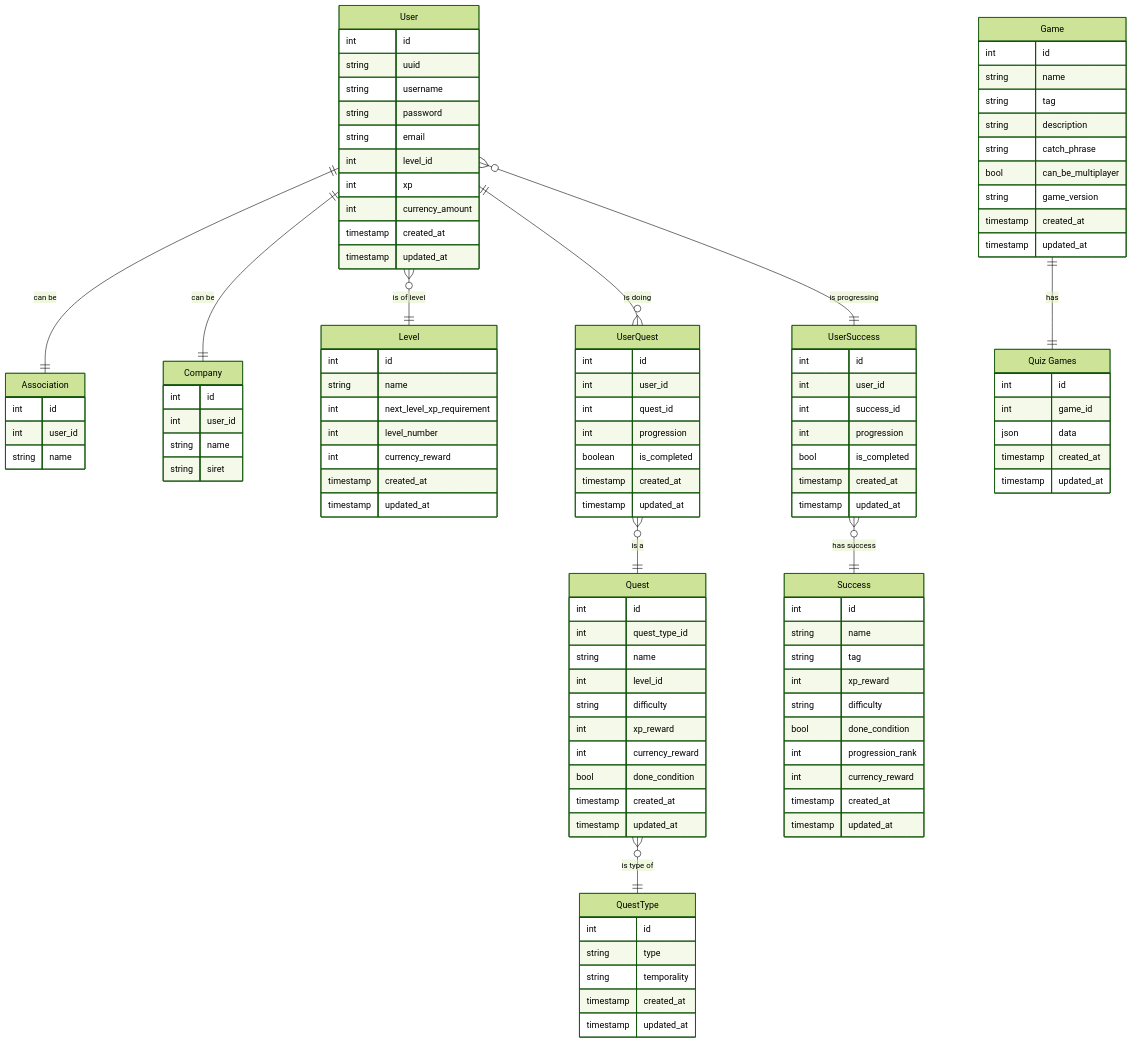
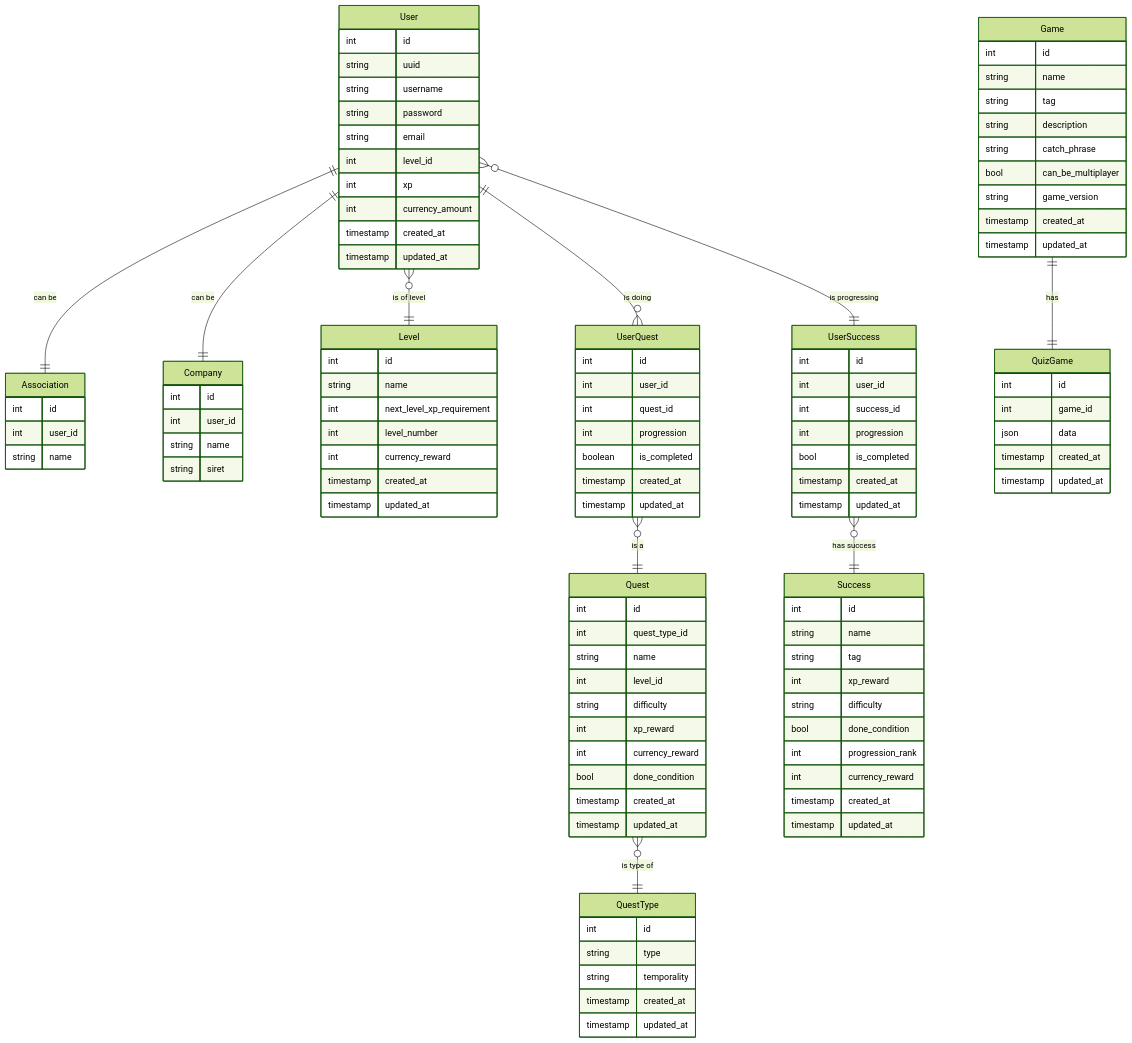
The diagram in docs/mcd/er.md (robLittiere/elie-docs), drawn with Mermaid (forest theme) before and after one commit.

Commit message:
updated mcd

````diff
--- a/docs/mcd/er.md
+++ b/docs/mcd/er.md
@@ -1,6 +1,6 @@
 ```mermaid
 erDiagram
-    user[User] {
+    User {
         int id
         string uuid
         string username
@@ -12,18 +12,18 @@
         timestamp created_at
         timestamp updated_at
     }
-    a[Association]{
+    Association{
         int id
         int user_id
         string name
     }
-    c[Company]{
+    Company{
         int id
         int user_id
         string name
         string siret
     }
-    l[Level] {
+    Level {
         int id
         string name
         int next_level_xp_requirement
@@ -32,7 +32,7 @@
         timestamp created_at
         timestamp updated_at
     }
-    uq[UserQuest] {
+    UserQuest {
         int id
         int user_id
         int quest_id
@@ -41,7 +41,7 @@
         timestamp created_at
         timestamp updated_at
     }
-    q[Quest] {
+    Quest {
         int id
         int quest_type_id
         string name
@@ -53,14 +53,14 @@
         timestamp created_at
         timestamp updated_at
     }
-    qt[QuestType] {
+    QuestType {
         int id
         string type
         string temporality
         timestamp created_at
         timestamp updated_at
     }
-    s[Success]{
+    Success{
         int id
         string name
         string tag
@@ -72,7 +72,7 @@
         timestamp created_at
         timestamp updated_at
     }
-    us[UserSuccess]{
+    UserSuccess{
         int id
         int user_id
         int success_id
@@ -81,7 +81,7 @@
         timestamp created_at
         timestamp updated_at
     }
-    g[Game]{
+    Game{
         int id
         string name
         string tag
@@ -92,21 +92,21 @@
         timestamp created_at
         timestamp updated_at
     }
-    qg["Quiz Games"]{
+    QuizGame{
         int id
         int game_id
         json data
         timestamp created_at
         timestamp updated_at
     }
-    user ||--|| a : "can be"
-    user ||--|| c : "can be"
-    user }o--|| l : "is of level"
-    user ||--o{ uq : "is doing"
-    user }o--|| us : "is progressing"
-    us }o--|| s : "has success"
-    uq }o--|| q : "is a"
-    q }o--|| qt : "is type of"
-    g ||--|| qg : "has"
+    User ||--|| Association : "can be"
+    User ||--|| Company : "can be"
+    User }o--|| Level : "is of level"
+    User ||--o{ UserQuest : "is doing"
+    User }o--|| UserSuccess : "is progressing"
+    UserSuccess }o--|| Success : "has success"
+    UserQuest }o--|| Quest : "is a"
+    Quest }o--|| QuestType : "is type of"
+    Game ||--|| QuizGame : "has"
 
 ```
````
